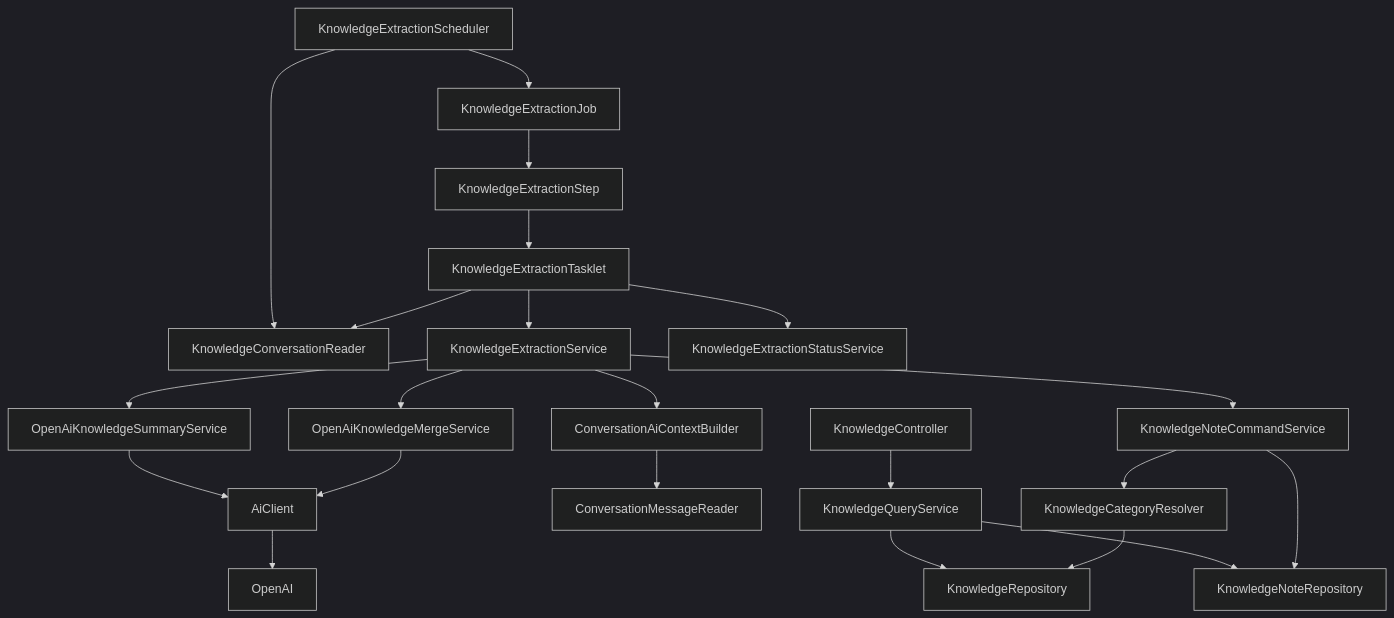
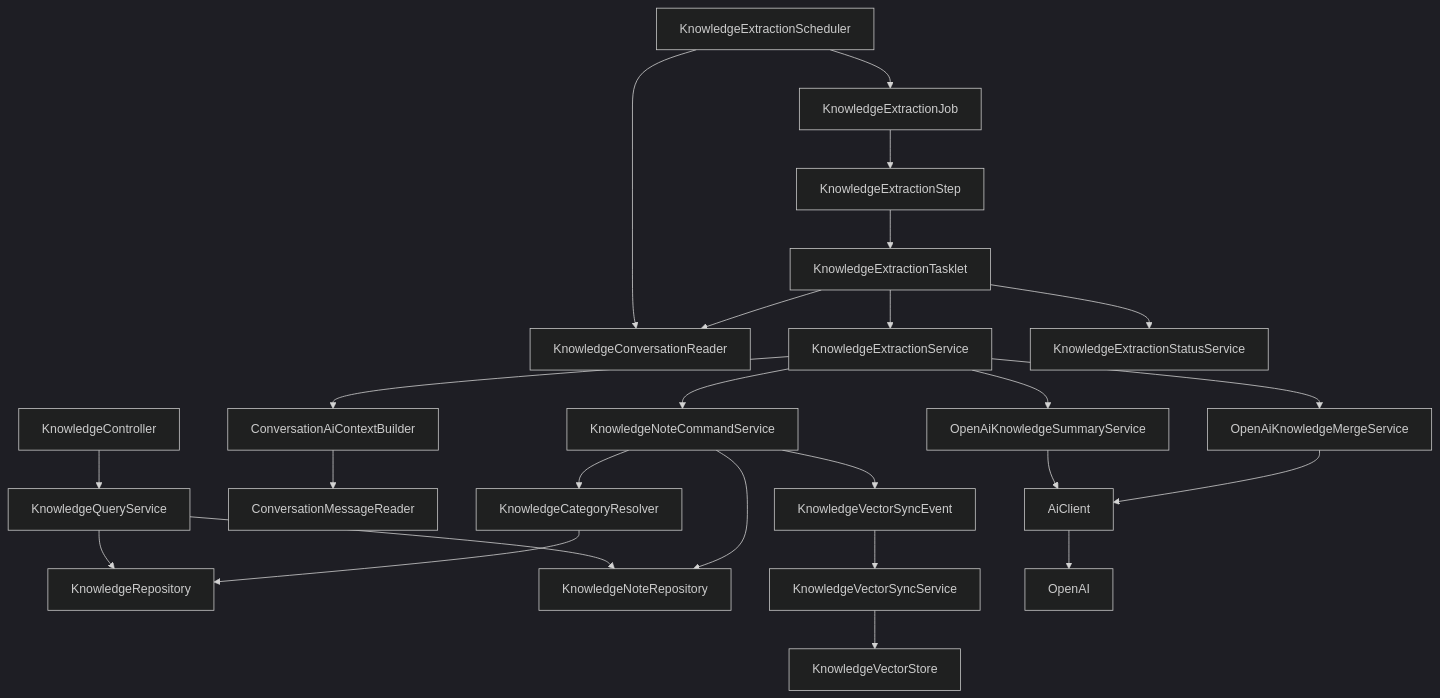
The second of 4 diagrams in docs/FELDBUCH_DEVELOPMENT_DOCUMENTATION.md (keunoh/feldbuch), drawn with Mermaid (dark theme) before and after one commit. The commit also changed other lines of this file and 43 other files, not shown here.

````diff
--- a/docs/FELDBUCH_DEVELOPMENT_DOCUMENTATION.md
+++ b/docs/FELDBUCH_DEVELOPMENT_DOCUMENTATION.md
@@ -418,25 +451,28 @@
 ```mermaid
 flowchart TD
     KnowledgeController --> KnowledgeQueryService
     KnowledgeQueryService --> KnowledgeRepository
     KnowledgeQueryService --> KnowledgeNoteRepository
 
     KnowledgeExtractionScheduler --> KnowledgeConversationReader
     KnowledgeExtractionScheduler --> KnowledgeExtractionJob
     KnowledgeExtractionJob --> KnowledgeExtractionStep
     KnowledgeExtractionStep --> KnowledgeExtractionTasklet
     KnowledgeExtractionTasklet --> KnowledgeConversationReader
     KnowledgeExtractionTasklet --> KnowledgeExtractionService
     KnowledgeExtractionTasklet --> KnowledgeExtractionStatusService
     KnowledgeExtractionService --> ConversationAiContextBuilder
     ConversationAiContextBuilder --> ConversationMessageReader
     KnowledgeExtractionService --> OpenAiKnowledgeSummaryService
     KnowledgeExtractionService --> OpenAiKnowledgeMergeService
     KnowledgeExtractionService --> KnowledgeNoteCommandService
     KnowledgeNoteCommandService --> KnowledgeCategoryResolver
     KnowledgeCategoryResolver --> KnowledgeRepository
     KnowledgeNoteCommandService --> KnowledgeNoteRepository
+    KnowledgeNoteCommandService --> KnowledgeVectorSyncEvent
+    KnowledgeVectorSyncEvent --> KnowledgeVectorSyncService
+    KnowledgeVectorSyncService --> KnowledgeVectorStore
     OpenAiKnowledgeSummaryService --> AiClient
     OpenAiKnowledgeMergeService --> AiClient
     AiClient --> OpenAI
 ```
````
